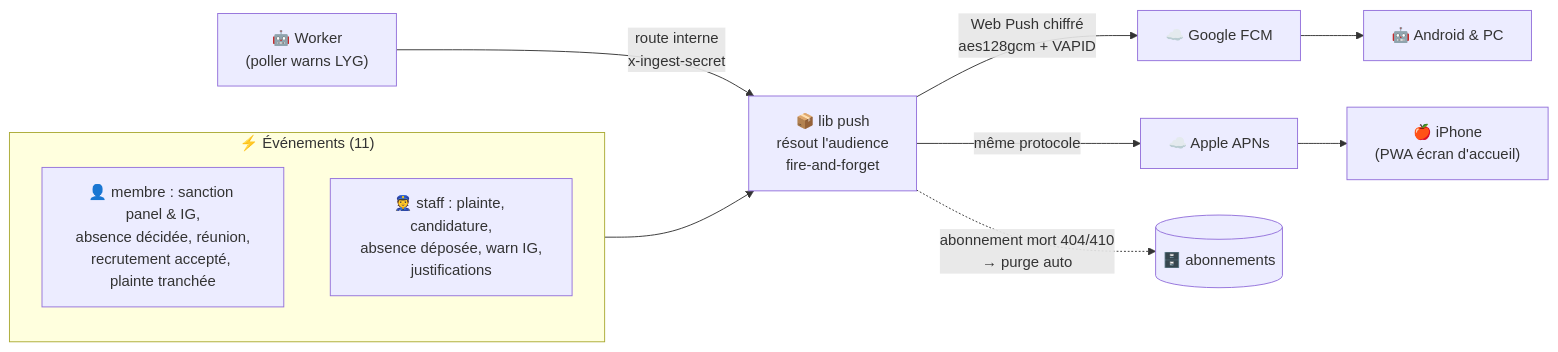
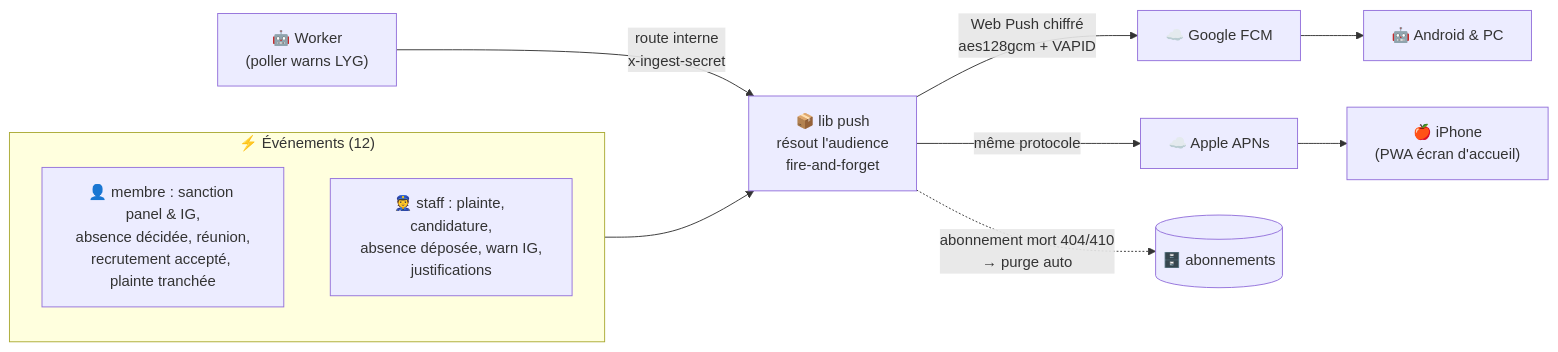
One commit to syko-003-maker/panel-esperados- changed the third of 4 diagrams in README.md. Above: the diagram before and after it, drawn with Mermaid.

Commit message:
docs: README — dernier compteur d'événements du schéma (→ 12)

````diff
--- a/README.md
+++ b/README.md
@@ -136,15 +136,15 @@
 ```mermaid
 flowchart LR
-    subgraph EVT ["⚡ Événements (11)"]
+    subgraph EVT ["⚡ Événements (12)"]
         direction TB
         E1["👤 membre : sanction panel & IG,<br/>absence décidée, réunion,<br/>recrutement accepté, plainte tranchée"]
         E2["👮 staff : plainte, candidature,<br/>absence déposée, warn IG,<br/>justifications"]
     end
     WK["🤖 Worker<br/>(poller warns LYG)"] -->|"route interne<br/>x-ingest-secret"| LIB
     EVT --> LIB["📦 lib push<br/>résout l'audience<br/>fire-and-forget"]
     LIB -->|"Web Push chiffré<br/>aes128gcm + VAPID"| FCM["☁️ Google FCM"]
     LIB -->|"même protocole"| APN["☁️ Apple APNs"]
     FCM --> AND["🤖 Android & PC"]
     APN --> IOS["🍎 iPhone<br/>(PWA écran d'accueil)"]
     LIB -.->|"abonnement mort 404/410<br/>→ purge auto"| SUBS[("🗄️ abonnements")]
 ```
````
